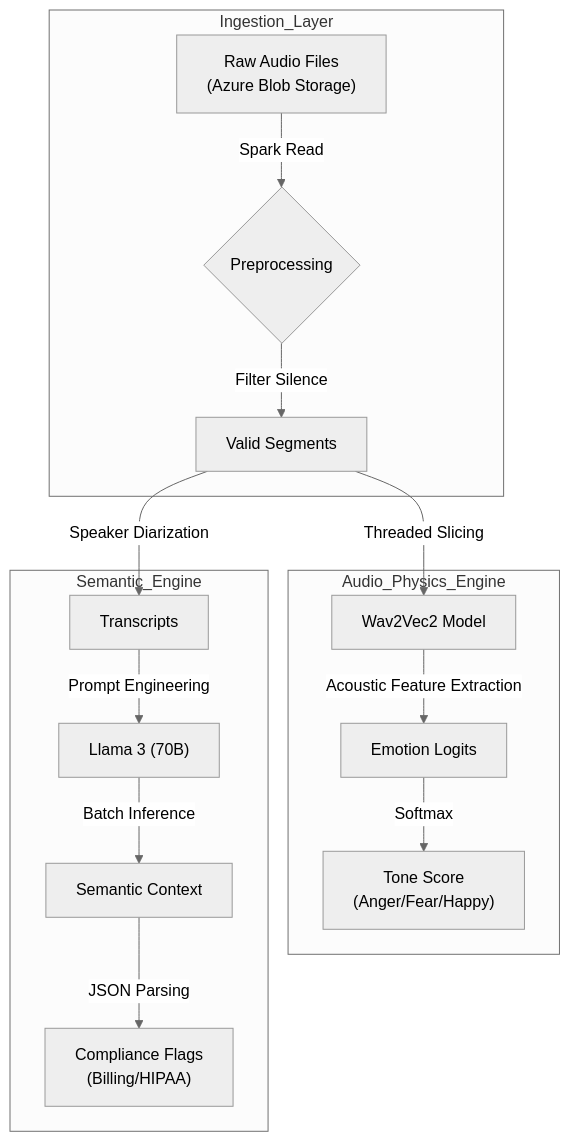
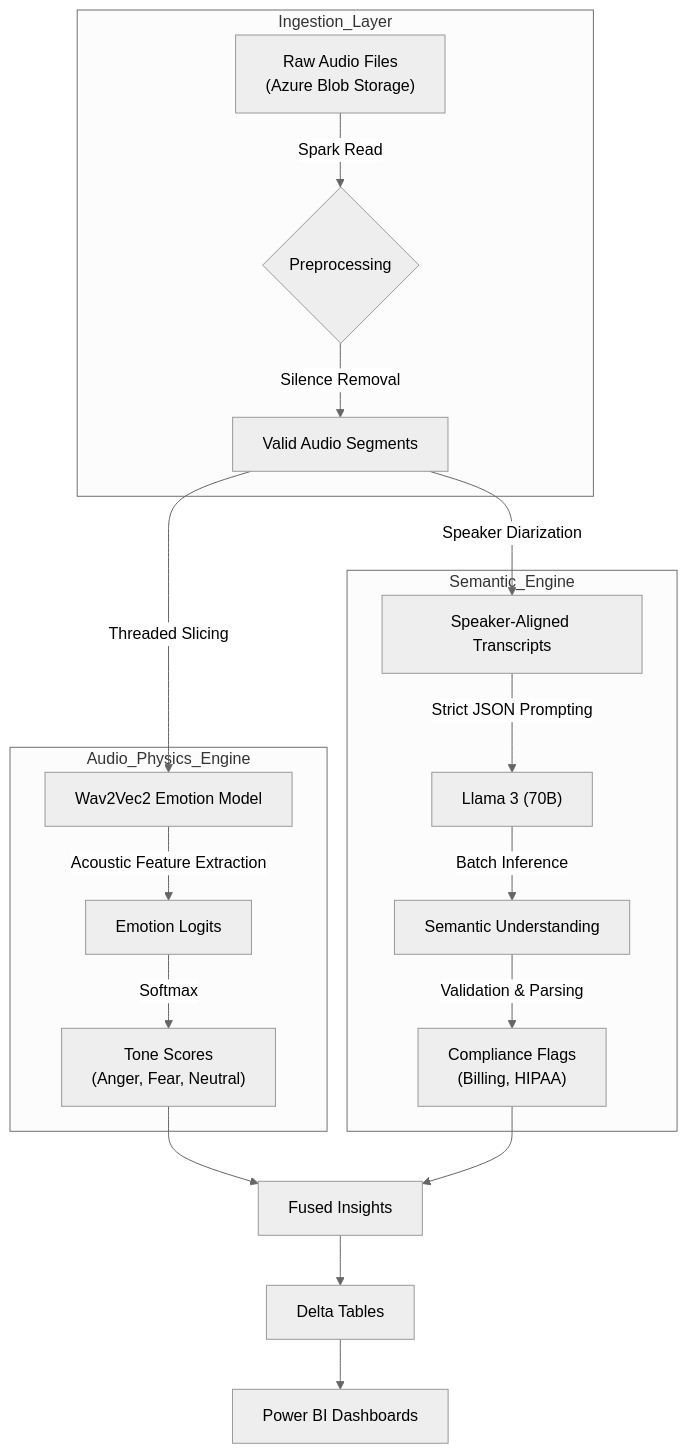
The diagram in README.md (atp1111/Healthcare-Conversational-Intelligence), drawn with Mermaid (neutral theme) before and after one commit. The commit also changed other lines of this file, not shown here.

````diff
--- a/README.md
+++ b/README.md
@@ -28,21 +30,25 @@
 ```mermaid
 graph TD
     subgraph Ingestion_Layer
     A["Raw Audio Files<br/>(Azure Blob Storage)"] -->|Spark Read| B{Preprocessing}
-    B -->|Filter Silence| C[Valid Segments]
+    B -->|Silence Removal| C[Valid Audio Segments]
     end
 
     subgraph Audio_Physics_Engine
-    C -->|Threaded Slicing| D[Wav2Vec2 Model]
+    C -->|Threaded Slicing| D[Wav2Vec2 Emotion Model]
     D -->|Acoustic Feature Extraction| E[Emotion Logits]
-    E -->|Softmax| F["Tone Score<br/>(Anger/Fear/Happy)"]
+    E -->|Softmax| F["Tone Scores<br/>(Anger, Fear, Neutral)"]
     end
 
     subgraph Semantic_Engine
-    C -->|Speaker Diarization| G[Transcripts]
-    G -->|Prompt Engineering| H["Llama 3 (70B)"]
-    H -->|Batch Inference| I[Semantic Context]
-    I -->|JSON Parsing| J["Compliance Flags<br/>(Billing/HIPAA)"]
+    C -->|Speaker Diarization| G[Speaker-Aligned Transcripts]
+    G -->|Strict JSON Prompting| H["Llama 3 (70B)"]
+    H -->|Batch Inference| I[Semantic Understanding]
+    I -->|Validation & Parsing| J["Compliance Flags<br/>(Billing, HIPAA)"]
     end
 
+    F --> K[Fused Insights]
+    J --> K
+    K --> L[Delta Tables]
+    L --> M[Power BI Dashboards]
 ```
````
